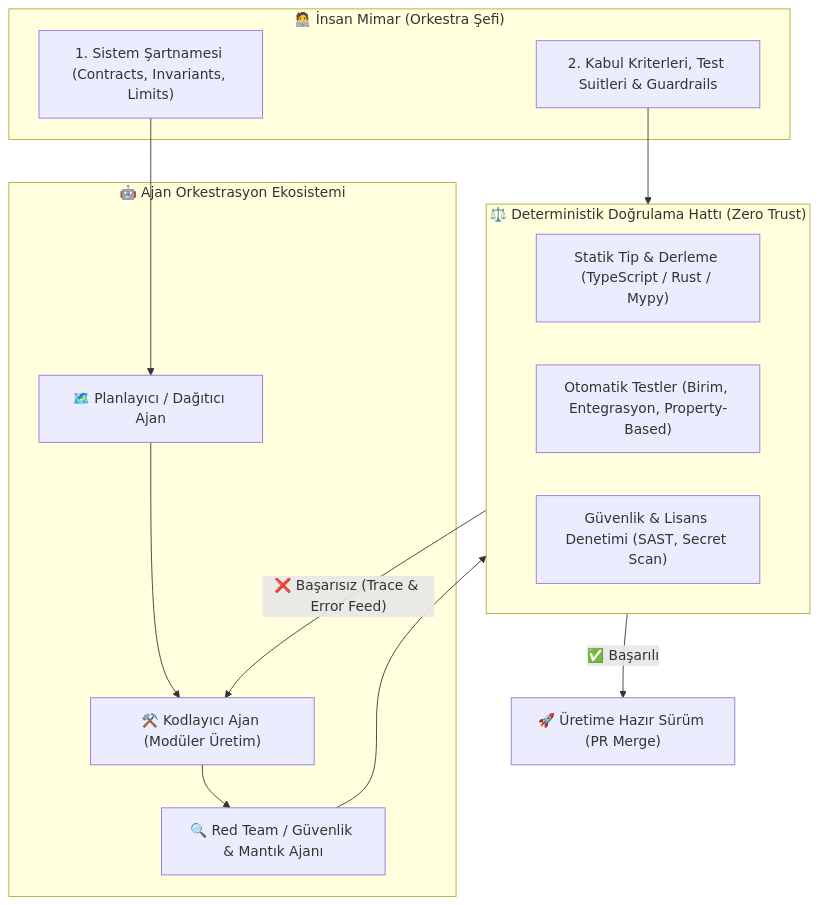
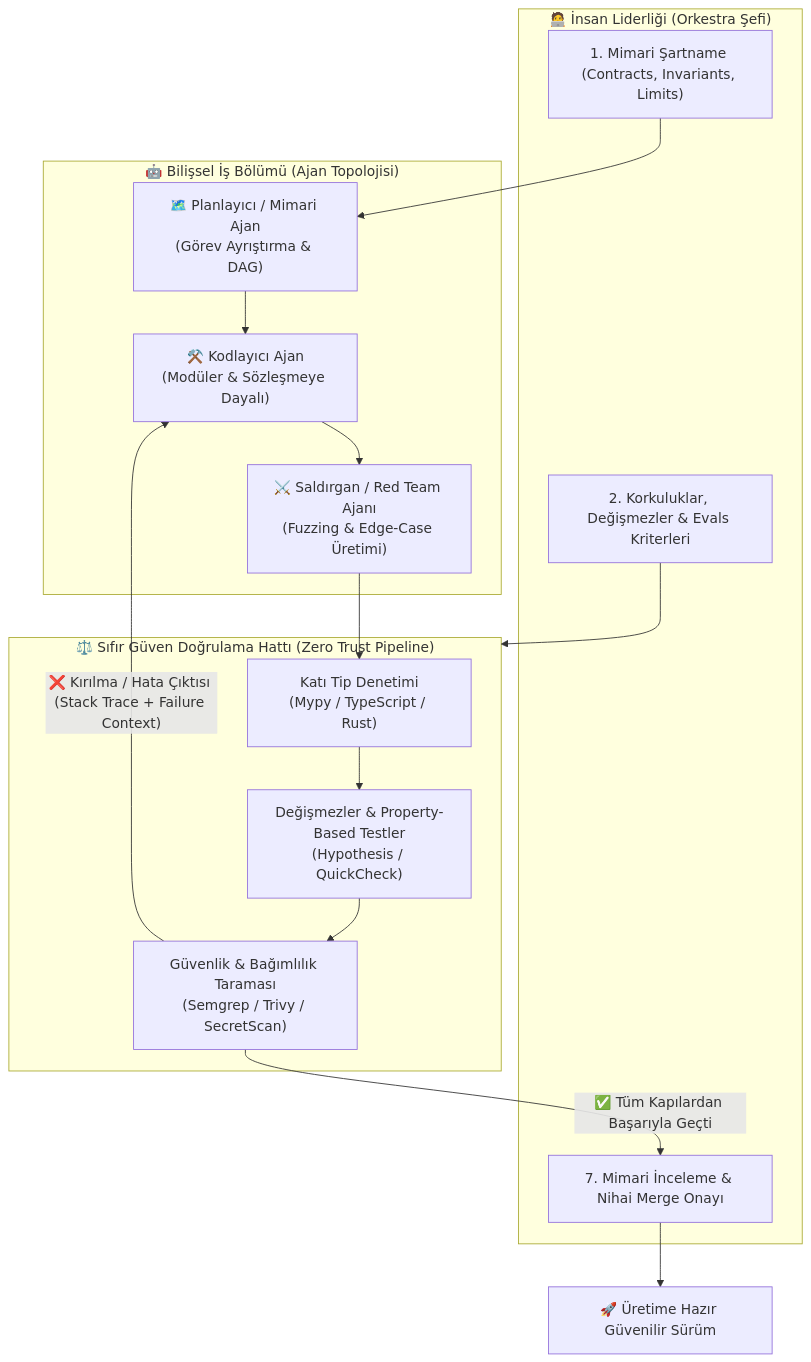
Before and after one commit to bahattinyunus/yapay-zeka-caginda-muhendislik: the diagram in README.md, drawn with Mermaid. The commit also changed other lines of this file and 4 other files, not shown here.

````diff
--- a/README.md
+++ b/README.md
@@ -134,28 +242,40 @@
 ```mermaid
 flowchart TD
-    subgraph HumanMimar ["🧑‍💻 İnsan Mimar (Orkestra Şefi)"]
-        Spec["1. Sistem Şartnamesi (Contracts, Invariants, Limits)"]
-        EvalsDef["2. Kabul Kriterleri, Test Suitleri & Guardrails"]
+    subgraph HumanLeadership ["🧑‍💻 İnsan Liderliği (Orkestra Şefi)"]
+        SpecDefinition["1. Mimari Şartname (Contracts, Invariants, Limits)"]
+        GuardrailsConfig["2. Korkuluklar, Değişmezler & Evals Kriterleri"]
+        FinalReview["7. Mimari İnceleme & Nihai Merge Onayı"]
     end
 
-    subgraph AgentOrchestration ["🤖 Ajan Orkestrasyon Ekosistemi"]
-        Planner["🗺️ Planlayıcı / Dağıtıcı Ajan"]
-        Coder["⚒️ Kodlayıcı Ajan (Modüler Üretim)"]
-        Reviewer["🔍 Red Team / Güvenlik & Mantık Ajanı"]
+    subgraph AgenticCore ["🤖 Bilişsel İş Bölümü (Ajan Topolojisi)"]
+        PlannerAgent["🗺️ Planlayıcı / Mimari Ajan
+(Görev Ayrıştırma & DAG)"]
+        WorkerAgent["⚒️ Kodlayıcı Ajan
+(Modüler & Sözleşmeye Dayalı)"]
+        RedTeamAgent["⚔️ Saldırgan / Red Team Ajanı
+(Fuzzing & Edge-Case Üretimi)"]
     end
 
-    subgraph VerificationEngine ["⚖️ Deterministik Doğrulama Hattı (Zero Trust)"]
-        Compiler["Statik Tip & Derleme (TypeScript / Rust / Mypy)"]
-        UnitTests["Otomatik Testler (Birim, Entegrasyon, Property-Based)"]
-        SecurityScan["Güvenlik & Lisans Denetimi (SAST, Secret Scan)"]
+    subgraph DeterministicEngine ["⚖️ Sıfır Güven Doğrulama Hattı (Zero Trust Pipeline)"]
+        TypeCompiler["Katı Tip Denetimi
+(Mypy / TypeScript / Rust)"]
+        InvariantTests["Değişmezler & Property-Based Testler
+(Hypothesis / QuickCheck)"]
+        SecurityScanner["Güvenlik & Bağımlılık Taraması
+(Semgrep / Trivy / SecretScan)"]
     end
 
-    Spec --> Planner
-    EvalsDef --> VerificationEngine
-    Planner --> Coder
-    Coder --> Reviewer
-    Reviewer --> VerificationEngine
+    SpecDefinition --> PlannerAgent
+    GuardrailsConfig --> DeterministicEngine
 
-    VerificationEngine -- "❌ Başarısız (Trace & Error Feed)" --> Coder
-    VerificationEngine -- "✅ Başarılı" --> Prod["🚀 Üretime Hazır Sürüm (PR Merge)"]
+    PlannerAgent --> WorkerAgent
+    WorkerAgent --> RedTeamAgent
+    RedTeamAgent --> TypeCompiler
+
+    TypeCompiler --> InvariantTests
+    InvariantTests --> SecurityScanner
+
+    SecurityScanner -- "❌ Kırılma / Hata Çıktısı (Stack Trace + Failure Context)" --> WorkerAgent
+    SecurityScanner -- "✅ Tüm Kapılardan Başarıyla Geçti" --> FinalReview
+    FinalReview --> ProductionDeployment["🚀 Üretime Hazır Güvenilir Sürüm"]
 ```
````
